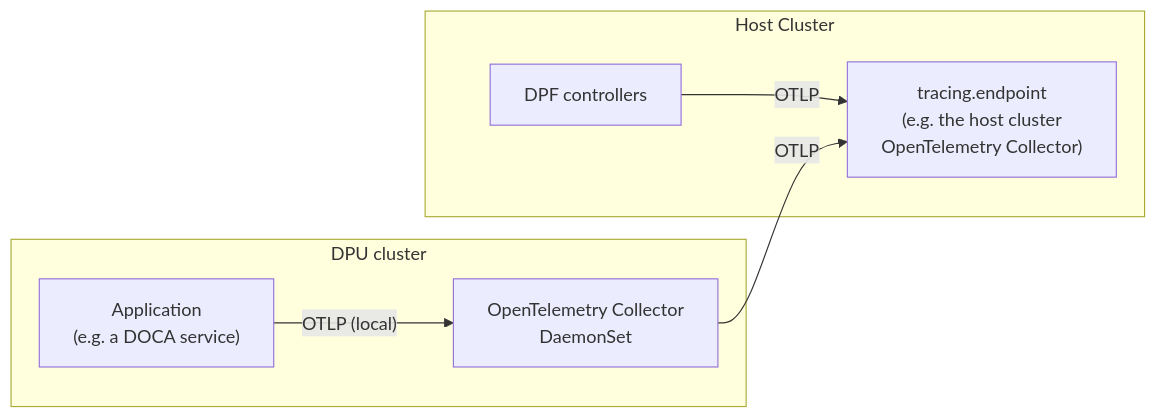
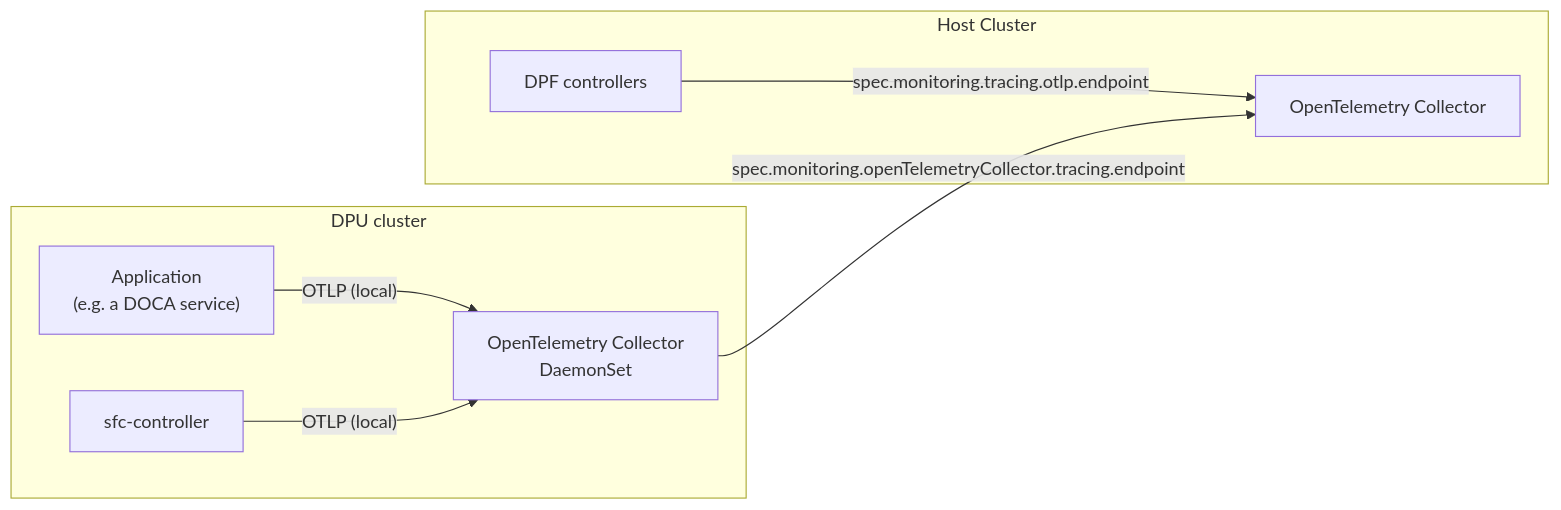
Before and after one commit to NVIDIA/doca-platform: the diagram in docs/public/operational-readiness/observability/deployment/operator-managed-components.md, drawn with Mermaid. The commit also changed other lines of this file and 23 other files, not shown here.

First line of the commit message:
feat(operator): add spec.monitoring.tracing for the DPF traces

````diff
--- a/docs/public/operational-readiness/observability/deployment/operator-managed-components.md
+++ b/docs/public/operational-readiness/observability/deployment/operator-managed-components.md
@@ -408,15 +408,17 @@
 ```mermaid
 flowchart LR
     subgraph host["Host Cluster"]
         ctrl["DPF controllers"]
-        ep["tracing.endpoint<br/>(e.g. the host cluster<br/>OpenTelemetry Collector)"]
+        ep["OpenTelemetry Collector"]
     end
     subgraph dpu["DPU cluster"]
         app["Application<br/>(e.g. a DOCA service)"]
+        sfc["sfc-controller"]
         dpuc["OpenTelemetry Collector<br/>DaemonSet"]
     end
 
-    ctrl -- "OTLP" --> ep
+    ctrl -- "spec.monitoring.tracing.otlp.endpoint" --> ep
     app -- "OTLP (local)" --> dpuc
-    dpuc -- "OTLP" --> ep
+    sfc -- "OTLP (local)" --> dpuc
+    dpuc -- "spec.monitoring.openTelemetryCollector.tracing.endpoint" --> ep
 ```
````
